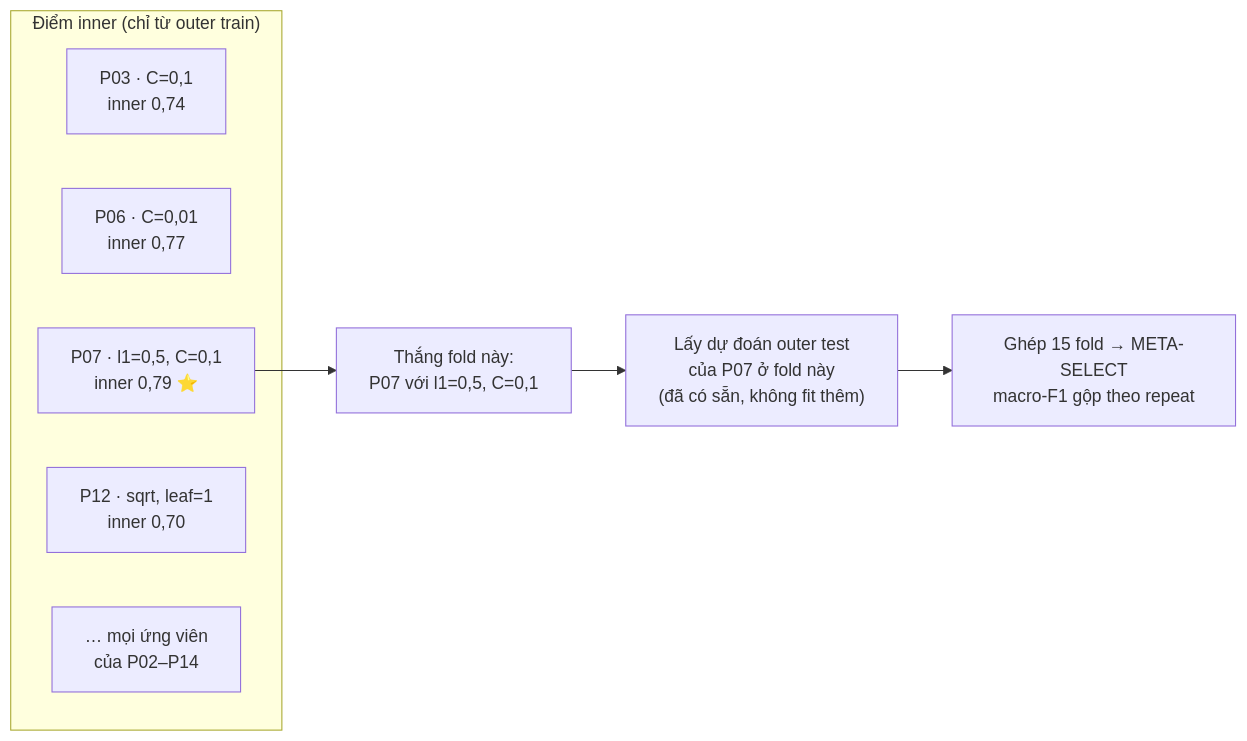
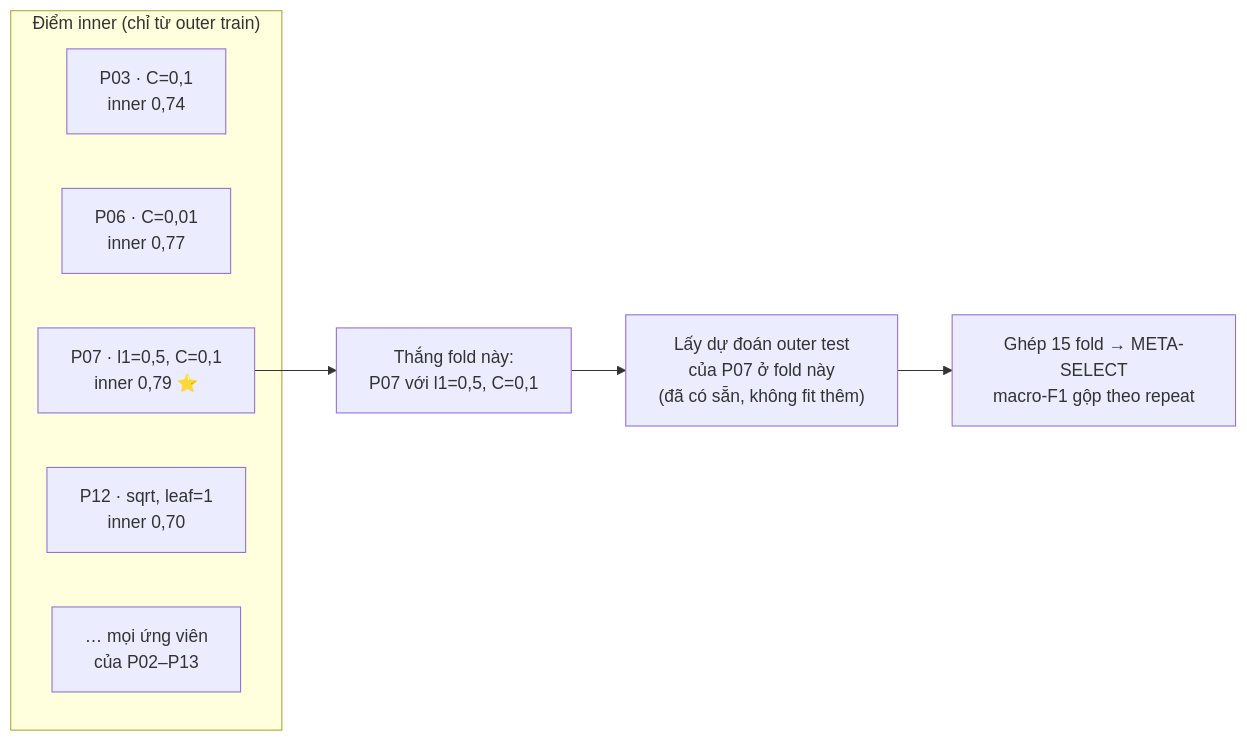
The ninth of 12 diagrams in docs/protocol_3.0_proposal.md (nhdung98/ProjectA), drawn with Mermaid before and after one commit. The commit also changed other lines of this file and 2 other files, not shown here.

Commit message:
docs: update protocol 3.0 proposal and add mock results and nested CV diagram

````diff
--- a/docs/protocol_3.0_proposal.md
+++ b/docs/protocol_3.0_proposal.md
@@ -378,13 +375,13 @@
 ```mermaid
 flowchart LR
   subgraph IN["Điểm inner (chỉ từ outer train)"]
     c1["P03 · C=0,1<br/>inner 0,74"]
     c2["P06 · C=0,01<br/>inner 0,77"]
     c3["P07 · l1=0,5, C=0,1<br/>inner 0,79 ⭐"]
     c4["P12 · sqrt, leaf=1<br/>inner 0,70"]
-    c5["… mọi ứng viên<br/>của P02–P14"]
+    c5["… mọi ứng viên<br/>của P02–P13"]
   end
   c3 --> W["Thắng fold này:<br/>P07 với l1=0,5, C=0,1"]
   W --> O["Lấy dự đoán outer test<br/>của P07 ở fold này<br/>(đã có sẵn, không fit thêm)"]
   O --> M["Ghép 15 fold → META-SELECT<br/>macro-F1 gộp theo repeat"]
 ```
````
